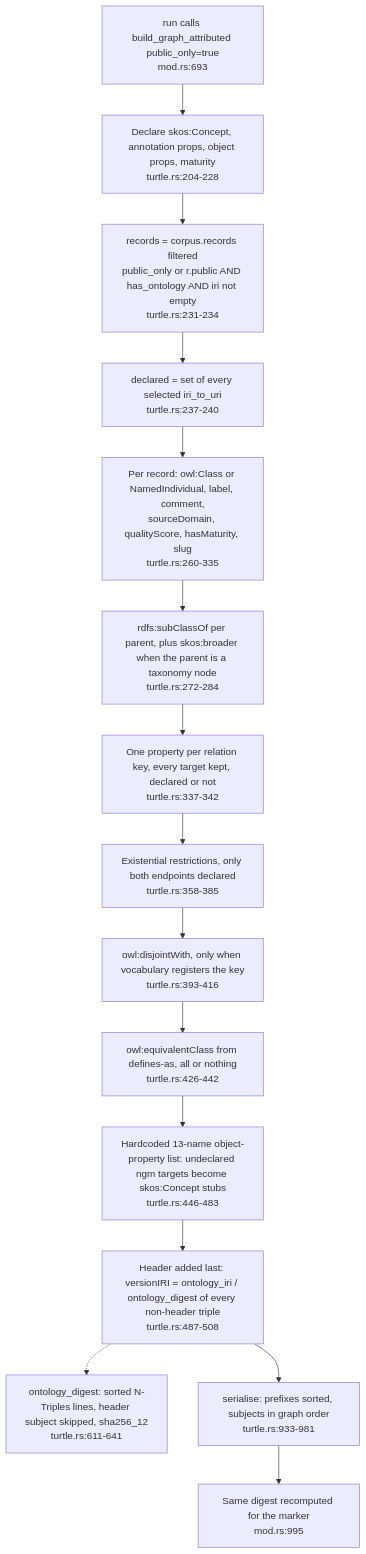
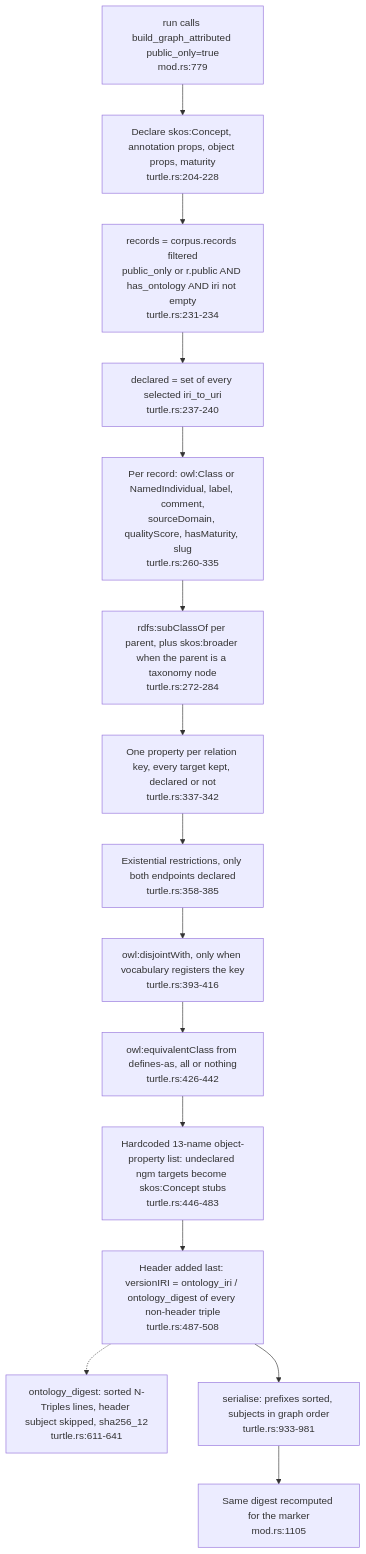
One commit to DreamLab-AI/VisionFlow changed the second of 7 diagrams in docs/diagrams/ontomark/04-emitters-turtle-indexes-tiers-and-contract-c3.md. Above: the diagram before and after it, drawn with Mermaid. The commit also changed other lines of this file and 59 other files, not shown here.

First line of the commit message:
docs(diagrams): re-derive and re-stamp forum, website, pod, ontomark and sealmap topics

````diff
--- a/docs/diagrams/ontomark/04-emitters-turtle-indexes-tiers-and-contract-c3.md
+++ b/docs/diagrams/ontomark/04-emitters-turtle-indexes-tiers-and-contract-c3.md
@@ -80,21 +80,21 @@
 ```mermaid
 flowchart TD
-    CALL["run calls build_graph_attributed public_only=true<br/>mod.rs:693"]
+    CALL["run calls build_graph_attributed public_only=true<br/>mod.rs:779"]
     DECL["Declare skos:Concept, annotation props, object props, maturity<br/>turtle.rs:204-228"]
     SEL["records = corpus.records filtered<br/>public_only or r.public AND has_ontology AND iri not empty<br/>turtle.rs:231-234"]
     DECLSET["declared = set of every selected iri_to_uri<br/>turtle.rs:237-240"]
     CLS["Per record: owl:Class or NamedIndividual, label, comment,<br/>sourceDomain, qualityScore, hasMaturity, slug<br/>turtle.rs:260-335"]
     SUBC["rdfs:subClassOf per parent, plus skos:broader when the parent is a taxonomy node<br/>turtle.rs:272-284"]
     REL["One property per relation key, every target kept, declared or not<br/>turtle.rs:337-342"]
     RESTR["Existential restrictions, only both endpoints declared<br/>turtle.rs:358-385"]
     DISJ["owl:disjointWith, only when vocabulary registers the key<br/>turtle.rs:393-416"]
     DEFS["owl:equivalentClass from defines-as, all or nothing<br/>turtle.rs:426-442"]
     STUB["Hardcoded 13-name object-property list: undeclared ngm targets become skos:Concept stubs<br/>turtle.rs:446-483"]
     HDR["Header added last: versionIRI = ontology_iri / ontology_digest of every non-header triple<br/>turtle.rs:487-508"]
     DIG["ontology_digest: sorted N-Triples lines, header subject skipped, sha256_12<br/>turtle.rs:611-641"]
     SER["serialise: prefixes sorted, subjects in graph order<br/>turtle.rs:933-981"]
-    GENM["Same digest recomputed for the marker<br/>mod.rs:995"]
+    GENM["Same digest recomputed for the marker<br/>mod.rs:1105"]
     CALL --> DECL --> SEL --> DECLSET --> CLS --> SUBC --> REL --> RESTR --> DISJ --> DEFS --> STUB --> HDR --> SER
     HDR -.-> DIG
     SER --> GENM
 ```
````
